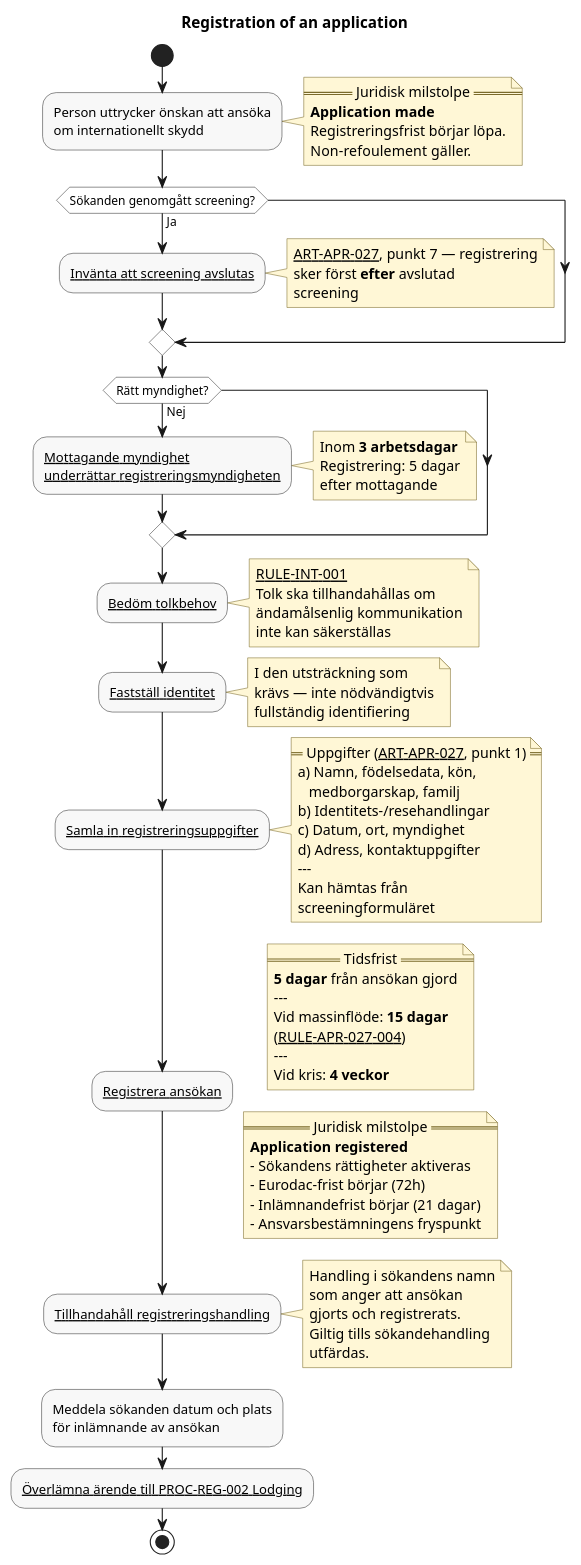
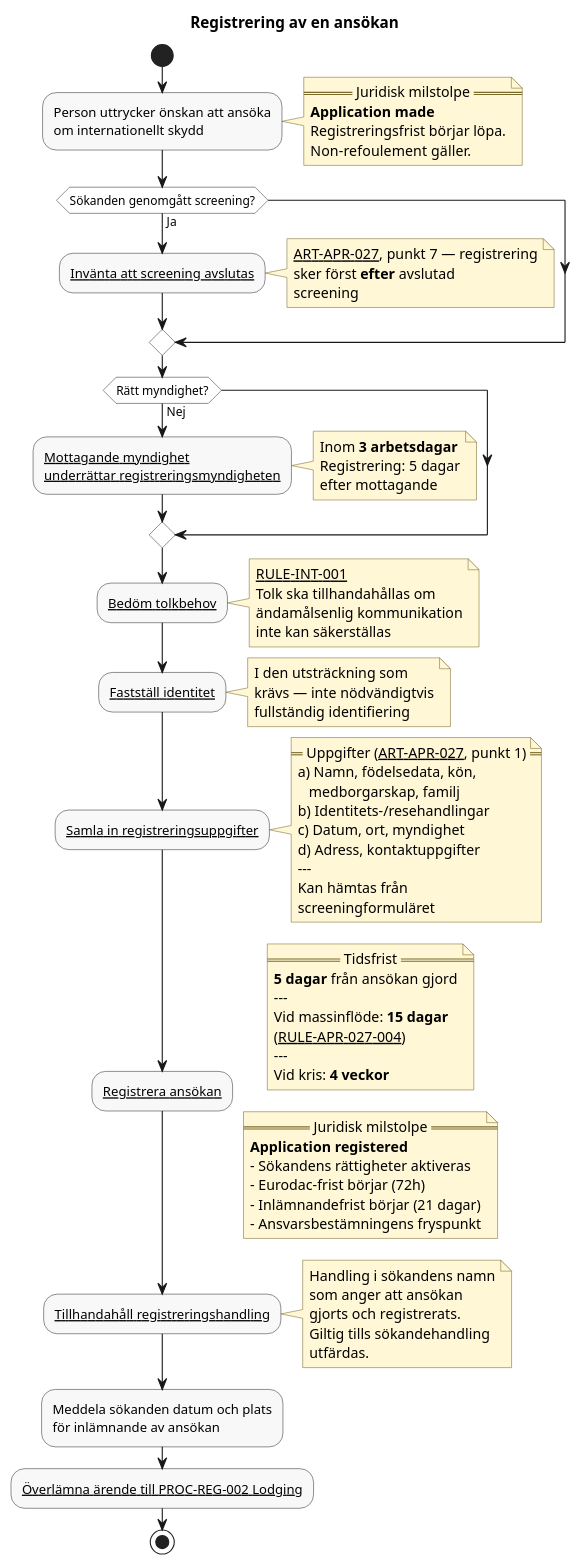
Before and after one commit to chrhe894/migration_pact: the diagram in docs/domains/registration/diagrams/registration-of-an-application.pu, drawn with PlantUML. The commit also changed other lines of this file and 225 other files, not shown here.

```diff
--- a/docs/domains/registration/diagrams/registration-of-an-application.pu
+++ b/docs/domains/registration/diagrams/registration-of-an-application.pu
@@ -15,117 +15,117 @@
 @startuml registration-of-an-application
 
-title Registration of an application
+title Registrering av en ansökan
 
 skinparam shadowing false
 skinparam HyperlinkColor Black
 skinparam HyperlinkUnderline true
 skinparam defaultFontName Arial
 skinparam activity {
   BackgroundColor #F8F8F8
   BorderColor #333333
   DiamondBackgroundColor #FFFFFF
   DiamondBorderColor #333333
 }
 skinparam note {
   BackgroundColor #FFF7D6
   BorderColor #7A6A2A
 }
 
 start
 
 :Person uttrycker önskan att ansöka
 om internationellt skydd;
 
 note right
   == Juridisk milstolpe ==
   **Application made**
   Registreringsfrist börjar löpa.
   Non-refoulement gäller.
 end note
 
 if (Sökanden genomgått screening?) then (Ja)
 
     :[[../rules/rule-apr-027-005.md Invänta att screening avslutas]];
     note right
       [[../articles/apr-027.md ART-APR-027]], punkt 7 — registrering
       sker först **efter** avslutad
       screening
     end note
 
 endif
 
 if (Rätt myndighet?) then (Nej)
 
     :[[../rules/rule-apr-027-003.md Mottagande myndighet\nunderrättar registreringsmyndigheten]];
     note right
       Inom **3 arbetsdagar**
       Registrering: 5 dagar
       efter mottagande
     end note
 
 endif
 
 :[[../../../shared/interpreters/activities/determine-interpreter-needs.md Bedöm tolkbehov]];
 note right
   [[../../../shared/interpreters/rules/rule-int-001.md RULE-INT-001]]
   Tolk ska tillhandahållas om
   ändamålsenlig kommunikation
   inte kan säkerställas
 end note
 
 :[[../../../shared/identity/activities/verify-identity.md Fastställ identitet]];
 note right
   I den utsträckning som
   krävs — inte nödvändigtvis
   fullständig identifiering
 end note
 
 :[[../rules/rule-apr-027-002.md Samla in registreringsuppgifter]];
 note right
   == Uppgifter ([[../articles/apr-027.md ART-APR-027]], punkt 1) ==
   a) Namn, födelsedata, kön,
      medborgarskap, familj
   b) Identitets-/resehandlingar
   c) Datum, ort, myndighet
   d) Adress, kontaktuppgifter
   ---
   Kan hämtas från
   screeningformuläret
 end note
 
 :[[../rules/rule-apr-027-001.md Registrera ansökan]];
 note right
   == Tidsfrist ==
   **5 dagar** från ansökan gjord
   ---
   Vid massinflöde: **15 dagar**
   ([[../rules/rule-apr-027-004.md RULE-APR-027-004]])
   ---
   Vid kris: **4 veckor**
 end note
 
 note right
   == Juridisk milstolpe ==
   **Application registered**
   - Sökandens rättigheter aktiveras
   - Eurodac-frist börjar (72h)
   - Inlämnandefrist börjar (21 dagar)
   - Ansvarsbestämningens fryspunkt
 end note
 
 :[[../rules/rule-apr-029-001.md Tillhandahåll registreringshandling]];
 note right
   Handling i sökandens namn
   som anger att ansökan
   gjorts och registrerats.
   Giltig tills sökandehandling
   utfärdas.
 end note
 
 :Meddela sökanden datum och plats
 för inlämnande av ansökan;
 
 :[[../processes/lodging-an-application.md Överlämna ärende till PROC-REG-002 Lodging]];
 
 stop
 @enduml
```
